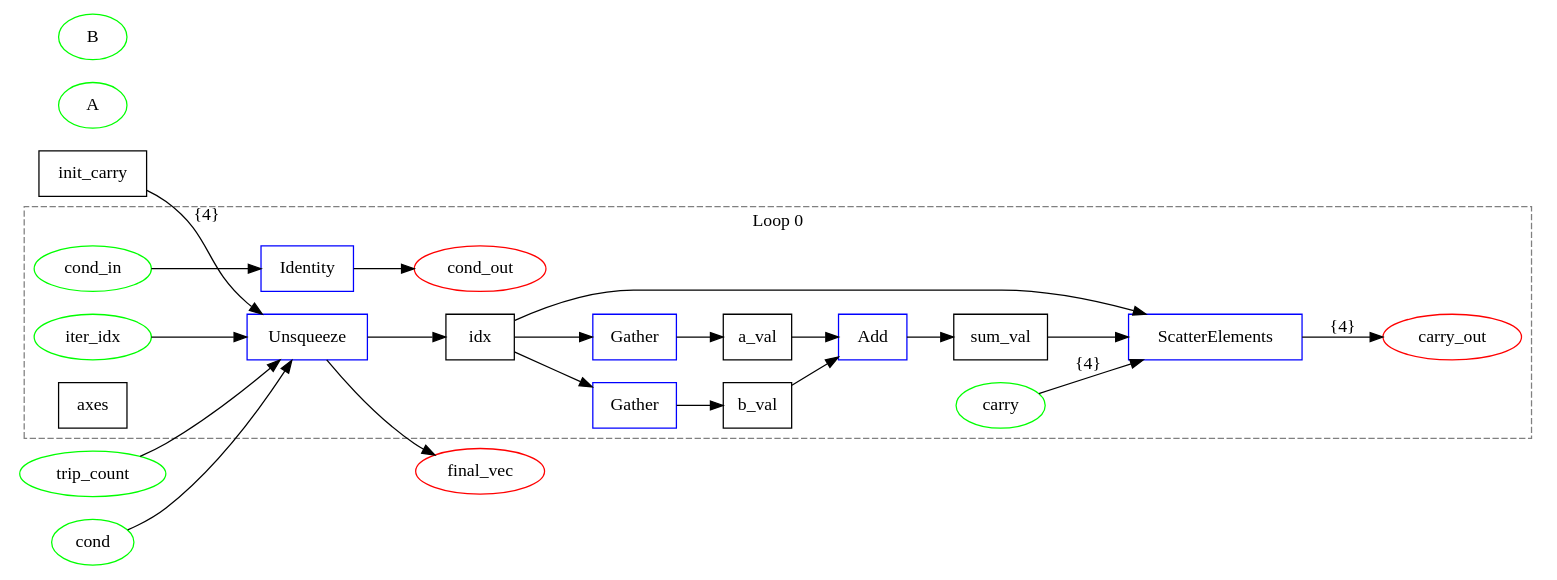
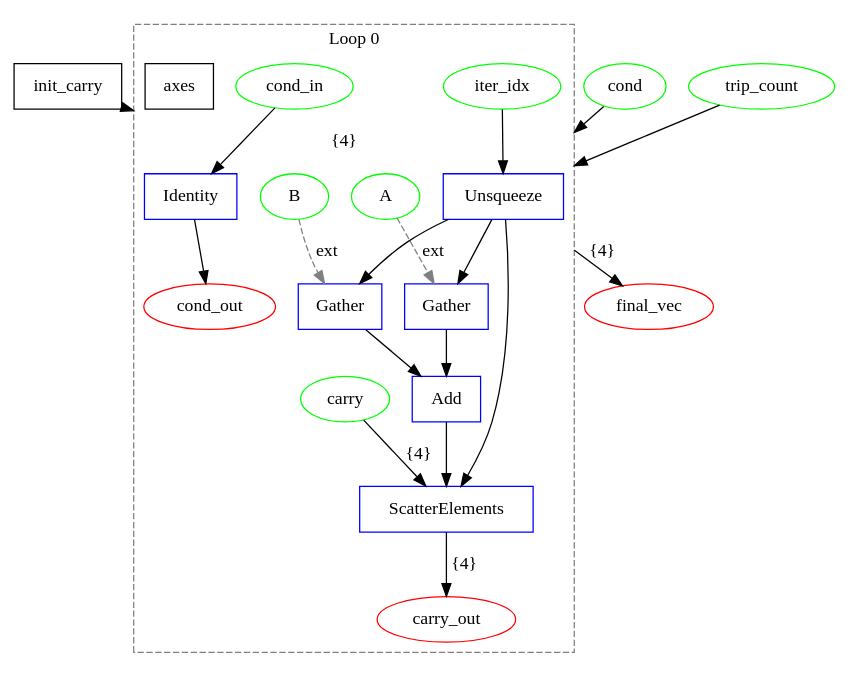
Before and after one commit to specs-feup/onnx-flow: the diagram in examples/onnx/vector_add_decomposed.dot, drawn with Graphviz. The commit also changed 3 other files, not shown here.

```diff
--- a/examples/onnx/vector_add_decomposed.dot
+++ b/examples/onnx/vector_add_decomposed.dot
@@ -1,52 +1,45 @@
 digraph {
-  graph [rankdir=LR compound=true];
+  graph [compound=true];
   init_carry [label=init_carry shape=box];
   trip_count [label=trip_count shape=ellipse color="#00FF00"];
   cond [label=cond shape=ellipse color="#00FF00"];
   A [label=A shape=ellipse color="#00FF00"];
   B [label=B shape=ellipse color="#00FF00"];
   final_vec [label=final_vec shape=ellipse color="#FF0000"];
-  0 [label=Loop shape=box color="#0000FF"];
-  trip_count -> 0 [label=""];
-  cond -> 0 [label=""];
-  init_carry -> 0 [label="{4}"];
-  0 -> final_vec [label=""];
   subgraph cluster_loop_0 {
     graph [rankdir=LR compound=true];
-    iter_idx [label=iter_idx shape=ellipse color="#00FF00"];
-    cond_in [label=cond_in shape=ellipse color="#00FF00"];
-    carry [label=carry shape=ellipse color="#00FF00"];
-    cond_out [label=cond_out shape=ellipse color="#FF0000"];
-    carry_out [label=carry_out shape=ellipse color="#FF0000"];
-    axes [label=axes shape=box];
-    0 [label=Unsqueeze shape=box color="#0000FF"];
-    idx [label=idx shape=box];
-    1 [label=Gather shape=box color="#0000FF"];
-    a_val [label=a_val shape=box];
-    2 [label=Gather shape=box color="#0000FF"];
-    b_val [label=b_val shape=box];
-    3 [label=Add shape=box color="#0000FF"];
-    sum_val [label=sum_val shape=box];
-    4 [label=ScatterElements shape=box color="#0000FF"];
-    5 [label=Identity shape=box color="#0000FF"];
-    iter_idx -> 0 [label=""];
-    0 -> idx [label=""];
-    idx -> 1 [label=""];
-    1 -> a_val [label=""];
-    idx -> 2 [label=""];
-    2 -> b_val [label=""];
-    a_val -> 3 [label=""];
-    b_val -> 3 [label=""];
-    3 -> sum_val [label=""];
-    carry -> 4 [label="{4}"];
-    idx -> 4 [label=""];
-    sum_val -> 4 [label=""];
-    4 -> carry_out [label="{4}"];
-    cond_in -> 5 [label=""];
-    5 -> cond_out [label=""];
+    loop0_iter_idx [label=iter_idx shape=ellipse color="#00FF00"];
+    loop0_cond_in [label=cond_in shape=ellipse color="#00FF00"];
+    loop0_carry [label=carry shape=ellipse color="#00FF00"];
+    loop0_cond_out [label=cond_out shape=ellipse color="#FF0000"];
+    loop0_carry_out [label=carry_out shape=ellipse color="#FF0000"];
+    loop0_axes [label=axes shape=box];
+    loop0_0 [label=Unsqueeze shape=box color="#0000FF"];
+    loop0_0 -> loop0_1 [label=""];
+    loop0_0 -> loop0_2 [label=""];
+    loop0_0 -> loop0_4 [label=""];
+    loop0_1 [label=Gather shape=box color="#0000FF"];
+    loop0_1 -> loop0_3 [label=""];
+    loop0_2 [label=Gather shape=box color="#0000FF"];
+    loop0_2 -> loop0_3 [label=""];
+    loop0_3 [label=Add shape=box color="#0000FF"];
+    loop0_3 -> loop0_4 [label=""];
+    loop0_4 [label=ScatterElements shape=box color="#0000FF"];
+    loop0_5 [label=Identity shape=box color="#0000FF"];
+    loop0_iter_idx -> loop0_0 [label=""];
+    loop0_carry -> loop0_4 [label="{4}"];
+    loop0_4 -> loop0_carry_out [label="{4}"];
+    loop0_cond_in -> loop0_5 [label=""];
+    loop0_5 -> loop0_cond_out [label=""];
+    A -> loop0_1 [style=dashed color=gray label=ext];
+    B -> loop0_2 [style=dashed color=gray label=ext];
     graph [label="Loop 0"];
     graph [style=dashed];
     graph [color=gray];
   }
 
+  trip_count -> loop0_0 [label="" lhead=cluster_loop_0];
+  cond -> loop0_0 [label="" lhead=cluster_loop_0];
+  init_carry -> loop0_0 [label="{4}" lhead=cluster_loop_0];
+  loop0_0 -> final_vec [label="{4}" ltail=cluster_loop_0];
 }
```
